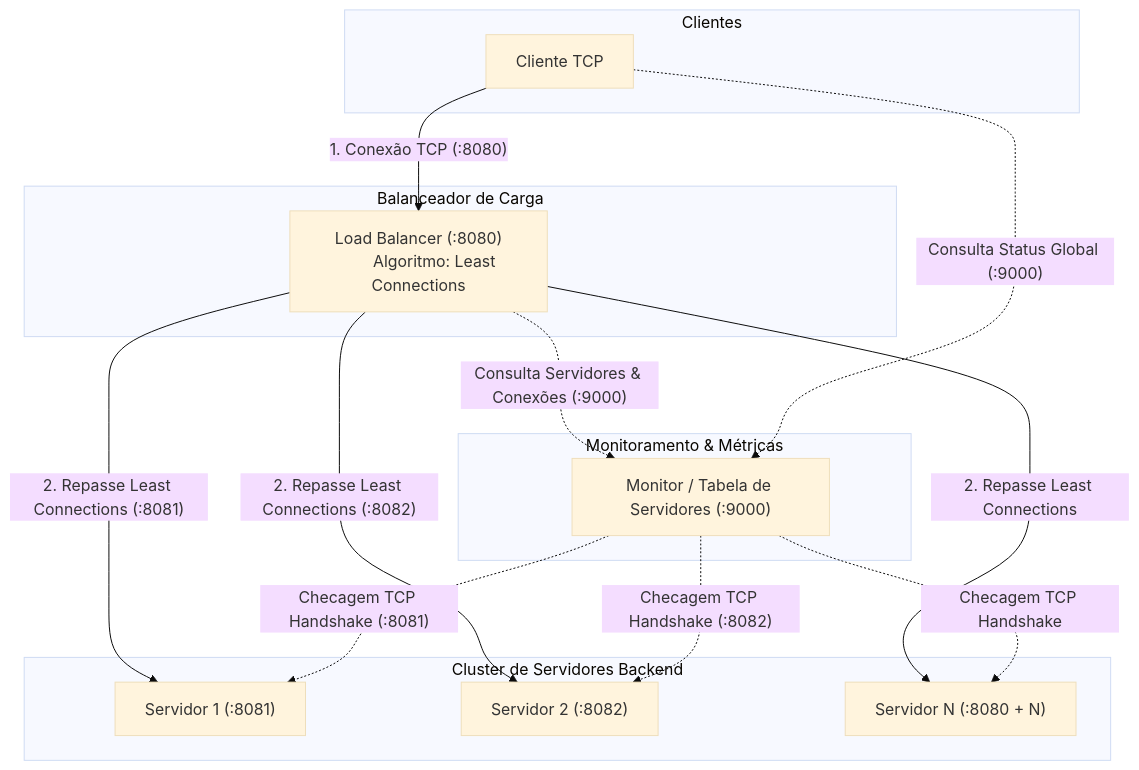
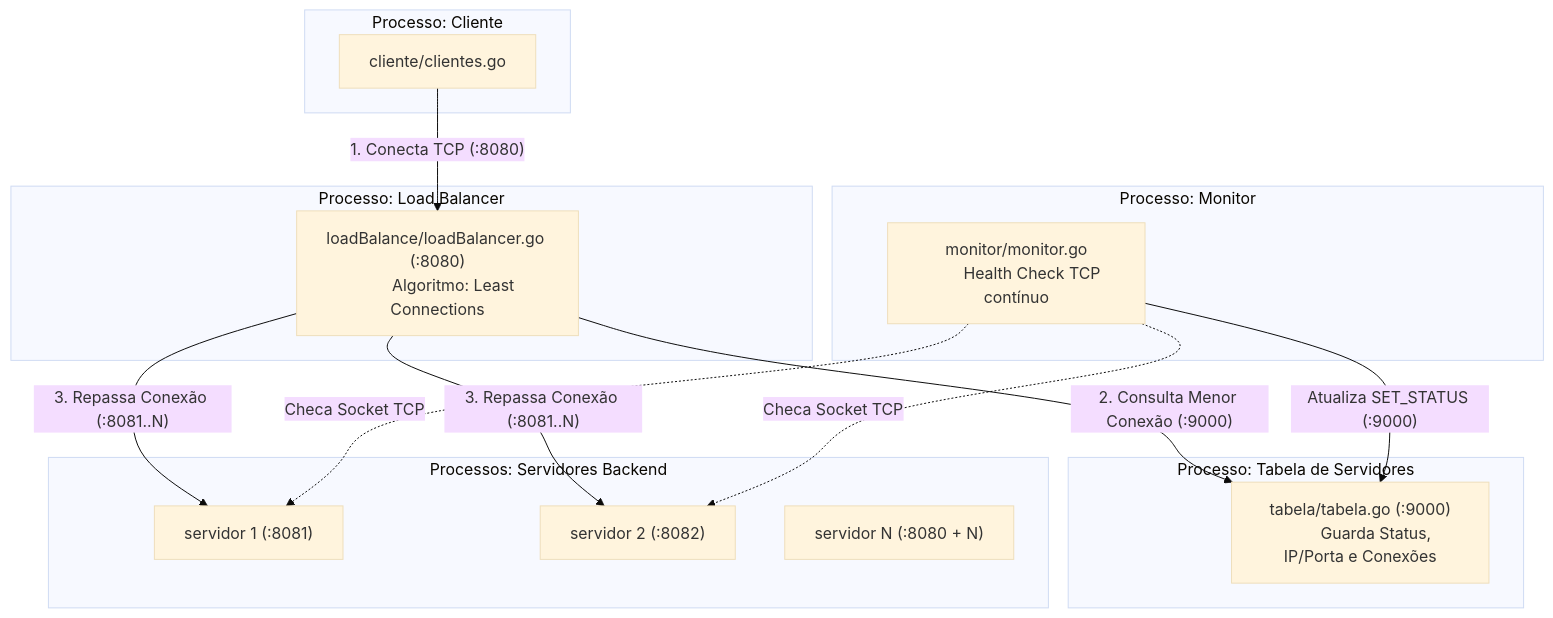
Before and after one commit to vhwcm/Trabalho-redes-2: the diagram in README.md, drawn with Mermaid (base theme). The commit also changed other lines of this file and 2 other files, not shown here.

Commit message:
lapidação a mais

````diff
--- a/README.md
+++ b/README.md
@@ -4,36 +9,38 @@
 ```mermaid
 flowchart TD
-    subgraph Clientes ["Clientes"]
-        C1["Cliente TCP"]
+    subgraph Clientes ["Processo: Cliente"]
+        C1["cliente/clientes.go"]
     end
 
-    subgraph LB ["Balanceador de Carga"]
-        LoadBalancer["Load Balancer (:8080)
+    subgraph LB ["Processo: Load Balancer"]
+        LoadBalancer["loadBalance/loadBalancer.go (:8080)
         Algoritmo: Least Connections"]
     end
 
-    subgraph Monitoramento ["Monitoramento & Métricas"]
-        Mon["Monitor / Tabela de Servidores (:9000)"]
+    subgraph Estado ["Processo: Tabela de Servidores"]
+        Tab["tabela/tabela.go (:9000)
+        Guarda Status, IP/Porta e Conexões"]
     end
 
-    subgraph Backends ["Cluster de Servidores Backend"]
-        S1["Servidor 1 (:8081)"]
-        S2["Servidor 2 (:8082)"]
-        SN["Servidor N (:8080 + N)"]
+    subgraph Monitoramento ["Processo: Monitor"]
+        Mon["monitor/monitor.go
+        Health Check TCP contínuo"]
     end
 
-    %% Fluxo de Requisições de Dados
-    C1 -->|"1. Conexão TCP (:8080)"| LoadBalancer
-    LoadBalancer -->|"2. Repasse Least Connections (:8081)"| S1
-    LoadBalancer -->|"2. Repasse Least Connections (:8082)"| S2
-    LoadBalancer -->|"2. Repasse Least Connections"| SN
+    subgraph Backends ["Processos: Servidores Backend"]
+        S1["servidor 1 (:8081)"]
+        S2["servidor 2 (:8082)"]
+        SN["servidor N (:8080 + N)"]
+    end
 
-    %% Fluxo de Verificação de Conectividade TCP
-    Mon -.->|"Checagem TCP Handshake (:8081)"| S1
-    Mon -.->|"Checagem TCP Handshake (:8082)"| S2
-    Mon -.->|"Checagem TCP Handshake"| SN
+    %% Fluxo de Clientes e Repasse
+    C1 -->|"1. Conecta TCP (:8080)"| LoadBalancer
+    LoadBalancer -->|"2. Consulta Menor Conexão (:9000)"| Tab
+    LoadBalancer -->|"3. Repassa Conexão (:8081..N)"| S1
+    LoadBalancer -->|"3. Repassa Conexão (:8081..N)"| S2
 
-    %% Consulta de Métricas
-    LoadBalancer -.->|"Consulta Servidores & Conexões (:9000)"| Mon
-    C1 -.->|"Consulta Status Global (:9000)"| Mon
+    %% Fluxo do Monitor
+    Mon -.->|"Checa Socket TCP"| S1
+    Mon -.->|"Checa Socket TCP"| S2
+    Mon -->|"Atualiza SET_STATUS (:9000)"| Tab
 ```
````
